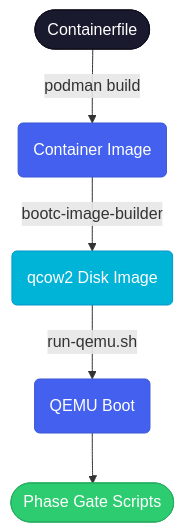
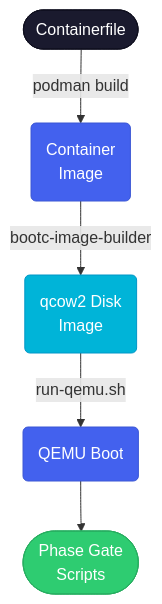
Before and after one commit to abalmalvez-lab/AntOS: the diagram in AntOS-Technical-Documentation-B-BuildOps.md, drawn with Mermaid.

Commit message:
docs: aggressively narrow mermaid labels (<=14 chars/line) for GitHub viewport

````diff
--- a/AntOS-Technical-Documentation-B-BuildOps.md
+++ b/AntOS-Technical-Documentation-B-BuildOps.md
@@ -16,17 +16,17 @@
 ```mermaid
 %%{init: {"flowchart": {"useMaxWidth": true}}}%%
 flowchart TD
     classDef terminal fill:#1a1a2e,stroke:#0f0f1e,color:#fff
     classDef process fill:#4361ee,stroke:#3a56d4,color:#fff
     classDef artifact fill:#00b4d8,stroke:#0096c7,color:#fff
     classDef success fill:#2ecc71,stroke:#27ae60,color:#fff
 
-    cf([Containerfile]) -->|podman build| ci(Container Image)
-    ci -->|bootc-image-builder| qcow2(qcow2 Disk Image)
+    cf([Containerfile]) -->|podman build| ci(Container<br/>Image)
+    ci -->|bootc-image-builder| qcow2(qcow2 Disk<br/>Image)
     qcow2 -->|run-qemu.sh| qemu(QEMU Boot)
-    qemu --> gates([Phase Gate Scripts])
+    qemu --> gates([Phase Gate<br/>Scripts])
     class cf terminal
     class ci,qemu process
     class qcow2 artifact
     class gates success
 ```
````
